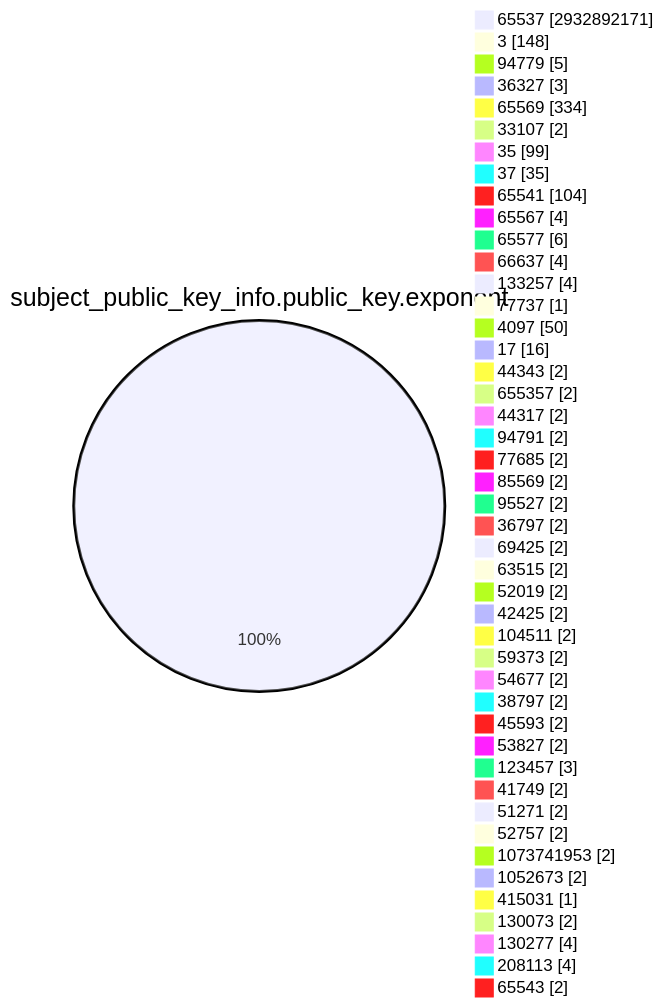
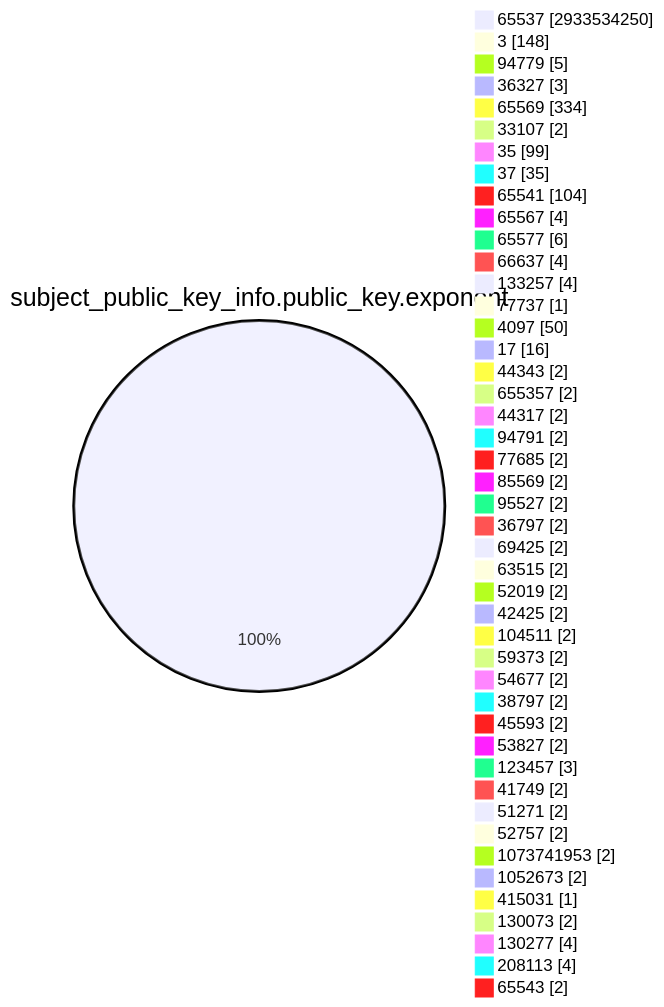
Before and after one commit to christiankrug/ctmonitor_visualization: the fourth of 15 diagrams in TOTAL/README.md, drawn with Mermaid. The commit also changed other lines of this file, not shown here.

````diff
--- a/TOTAL/README.md
+++ b/TOTAL/README.md
@@ -1470,49 +1470,49 @@
 ```mermaid
 pie showData
 title subject_public_key_info.public_key.exponent
-"65537" :2932892171
+"65537" :2933534250
 "3" :148
 "94779" :5
 "36327" :3
 "65569" :334
 "33107" :2
 "35" :99
 "37" :35
 "65541" :104
 "65567" :4
 "65577" :6
 "66637" :4
 "133257" :4
 "77737" :1
 "4097" :50
 "17" :16
 "44343" :2
 "655357" :2
 "44317" :2
 "94791" :2
 "77685" :2
 "85569" :2
 "95527" :2
 "36797" :2
 "69425" :2
 "63515" :2
 "52019" :2
 "42425" :2
 "104511" :2
 "59373" :2
 "54677" :2
 "38797" :2
 "45593" :2
 "53827" :2
 "123457" :3
 "41749" :2
 "51271" :2
 "52757" :2
 "1073741953" :2
 "1052673" :2
 "415031" :1
 "130073" :2
 "130277" :4
 "208113" :4
 "65543" :2
 ```
````
